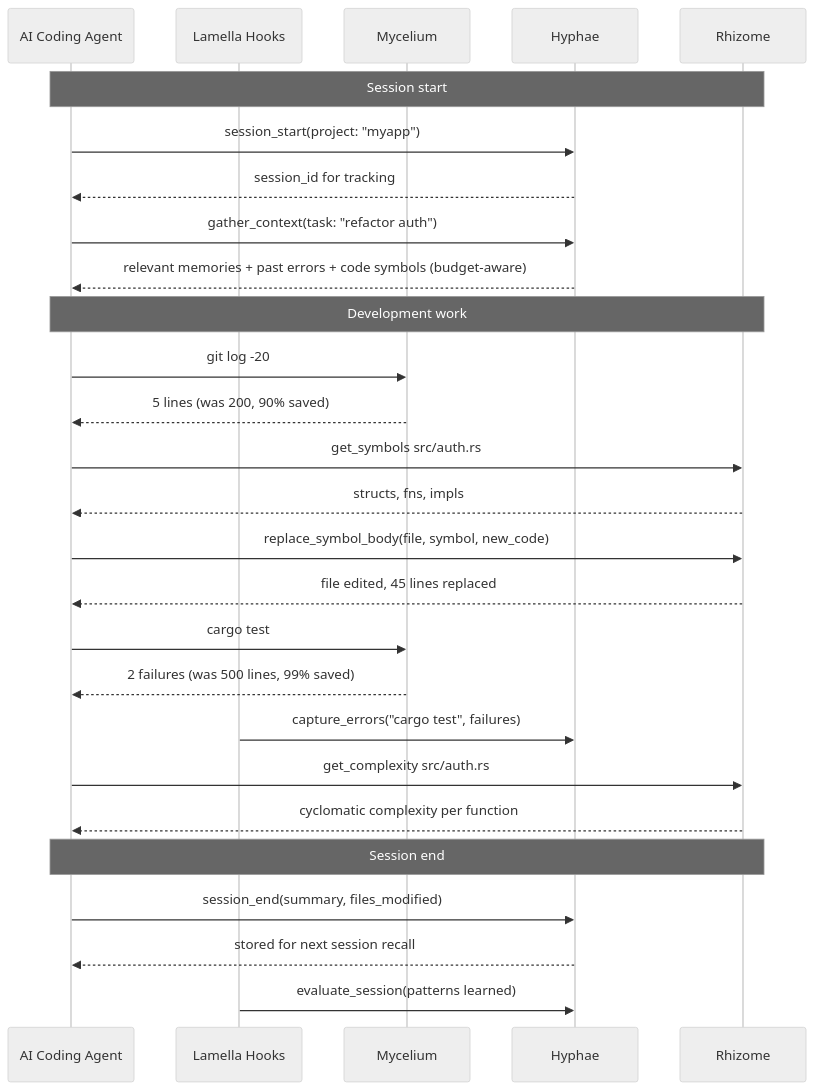
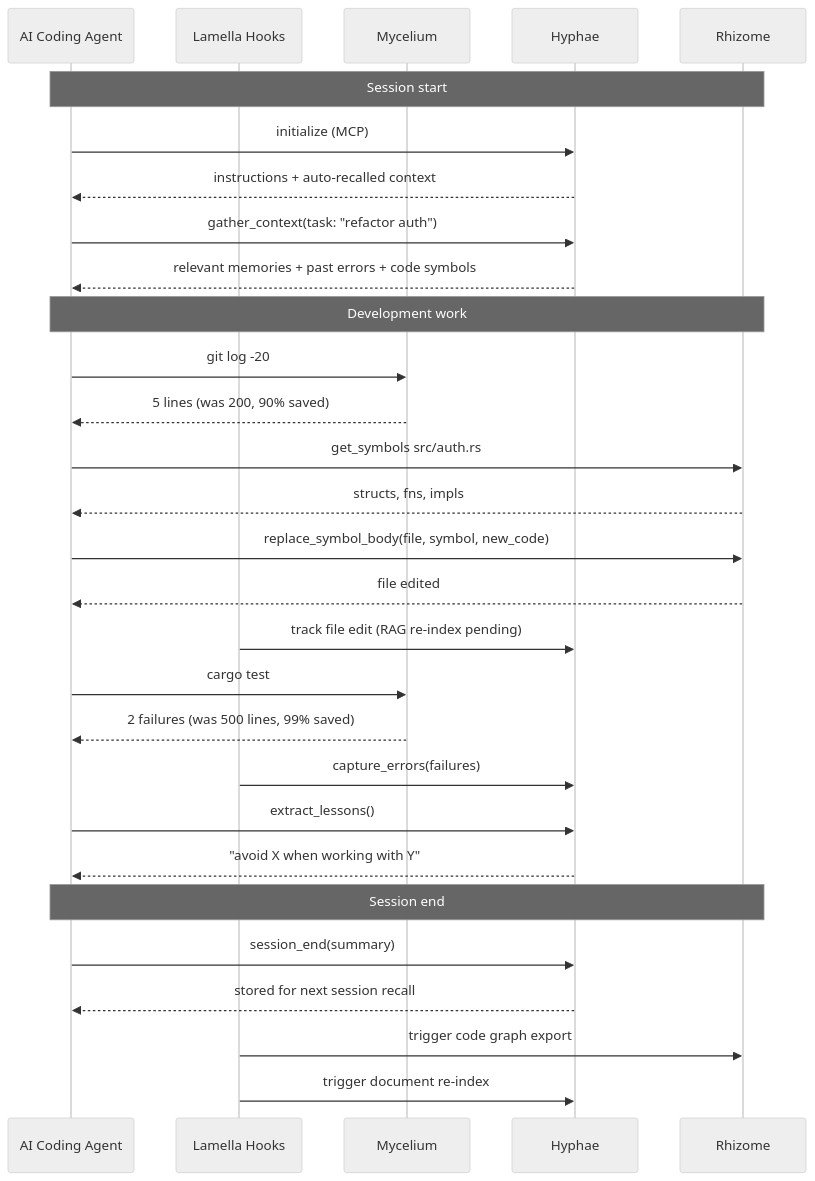
One commit to basidiocarp/.github changed the second of 2 diagrams in profile/README.md. Above: the diagram before and after it, drawn with Mermaid (neutral theme). The commit also changed other lines of this file, not shown here.

Commit message:
docs: add Technical Overview section with RAG, vector DB, feedback loop details

````diff
--- a/profile/README.md
+++ b/profile/README.md
@@ -124,40 +264,42 @@
 ```mermaid
 sequenceDiagram
     participant Agent as AI Coding Agent
     participant L as Lamella Hooks
     participant M as Mycelium
     participant H as Hyphae
     participant R as Rhizome
 
     Note over Agent,R: Session start
 
-    Agent->>H: session_start(project: "myapp")
-    H-->>Agent: session_id for tracking
+    Agent->>H: initialize (MCP)
+    H-->>Agent: instructions + auto-recalled context
 
     Agent->>H: gather_context(task: "refactor auth")
-    H-->>Agent: relevant memories + past errors + code symbols (budget-aware)
+    H-->>Agent: relevant memories + past errors + code symbols
 
     Note over Agent,R: Development work
 
     Agent->>M: git log -20
     M-->>Agent: 5 lines (was 200, 90% saved)
 
     Agent->>R: get_symbols src/auth.rs
     R-->>Agent: structs, fns, impls
 
     Agent->>R: replace_symbol_body(file, symbol, new_code)
-    R-->>Agent: file edited, 45 lines replaced
+    R-->>Agent: file edited
+    L->>H: track file edit (RAG re-index pending)
 
     Agent->>M: cargo test
     M-->>Agent: 2 failures (was 500 lines, 99% saved)
-    L->>H: capture_errors("cargo test", failures)
+    L->>H: capture_errors(failures)
 
-    Agent->>R: get_complexity src/auth.rs
-    R-->>Agent: cyclomatic complexity per function
+    Agent->>H: extract_lessons()
+    H-->>Agent: "avoid X when working with Y"
 
     Note over Agent,R: Session end
 
-    Agent->>H: session_end(summary, files_modified)
+    Agent->>H: session_end(summary)
     H-->>Agent: stored for next session recall
-    L->>H: evaluate_session(patterns learned)
+    L->>R: trigger code graph export
+    L->>H: trigger document re-index
 ```
````
